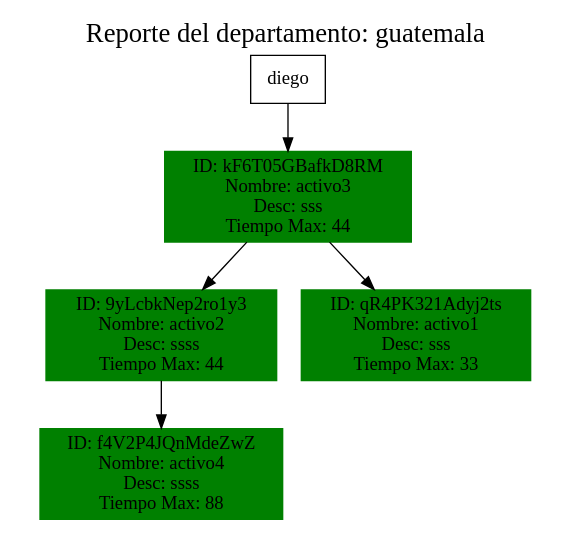
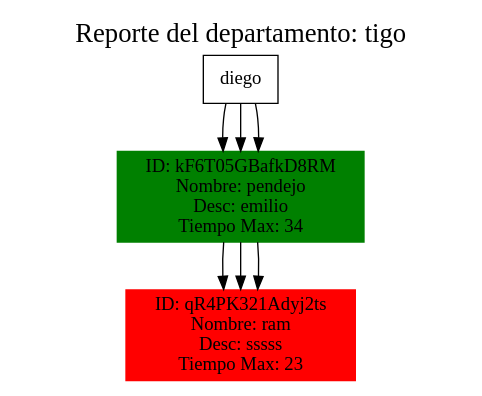
Before and after one commit to DavidVelasquez77/EDD_PROYECTO1: the diagram in output/reporte_activos_departamento.dot, drawn with Graphviz. The commit also changed 5 other files, not shown here.

```diff
--- a/output/reporte_activos_departamento.dot
+++ b/output/reporte_activos_departamento.dot
@@ -1,16 +1,22 @@
 digraph ArbolActivos {
-    label="Reporte del departamento: guatemala";
+    label="Reporte del departamento: tigo";
     labelloc="t";
     fontsize=20;
     node [shape=rectangle];
     rankdir=TB;
     "diego" [label="diego"];
-    "diego_kF6T05GBafkD8RM" [label="ID: kF6T05GBafkD8RM\nNombre: activo3\nDesc: sss\nTiempo Max: 44", color="green", style=filled, fillcolor="green"];
+    "diego_kF6T05GBafkD8RM" [label="ID: kF6T05GBafkD8RM\nNombre: pendejo\nDesc: emilio\nTiempo Max: 34", color="green", style=filled, fillcolor="green"];
     "diego" -> "diego_kF6T05GBafkD8RM";
-    "diego_9yLcbkNep2ro1y3" [label="ID: 9yLcbkNep2ro1y3\nNombre: activo2\nDesc: ssss\nTiempo Max: 44", color="green", style=filled, fillcolor="green"];
-    "diego_kF6T05GBafkD8RM" -> "diego_9yLcbkNep2ro1y3";
-    "diego_f4V2P4JQnMdeZwZ" [label="ID: f4V2P4JQnMdeZwZ\nNombre: activo4\nDesc: ssss\nTiempo Max: 88", color="green", style=filled, fillcolor="green"];
-    "diego_9yLcbkNep2ro1y3" -> "diego_f4V2P4JQnMdeZwZ";
-    "diego_qR4PK321Adyj2ts" [label="ID: qR4PK321Adyj2ts\nNombre: activo1\nDesc: sss\nTiempo Max: 33", color="green", style=filled, fillcolor="green"];
+    "diego_qR4PK321Adyj2ts" [label="ID: qR4PK321Adyj2ts\nNombre: ram\nDesc: sssss\nTiempo Max: 23", color="red", style=filled, fillcolor="red"];
+    "diego_kF6T05GBafkD8RM" -> "diego_qR4PK321Adyj2ts";
+    "diego" [label="diego"];
+    "diego_kF6T05GBafkD8RM" [label="ID: kF6T05GBafkD8RM\nNombre: pendejo\nDesc: emilio\nTiempo Max: 34", color="green", style=filled, fillcolor="green"];
+    "diego" -> "diego_kF6T05GBafkD8RM";
+    "diego_qR4PK321Adyj2ts" [label="ID: qR4PK321Adyj2ts\nNombre: ram\nDesc: sssss\nTiempo Max: 23", color="red", style=filled, fillcolor="red"];
+    "diego_kF6T05GBafkD8RM" -> "diego_qR4PK321Adyj2ts";
+    "diego" [label="diego"];
+    "diego_kF6T05GBafkD8RM" [label="ID: kF6T05GBafkD8RM\nNombre: pendejo\nDesc: emilio\nTiempo Max: 34", color="green", style=filled, fillcolor="green"];
+    "diego" -> "diego_kF6T05GBafkD8RM";
+    "diego_qR4PK321Adyj2ts" [label="ID: qR4PK321Adyj2ts\nNombre: ram\nDesc: sssss\nTiempo Max: 23", color="red", style=filled, fillcolor="red"];
     "diego_kF6T05GBafkD8RM" -> "diego_qR4PK321Adyj2ts";
 }
```
